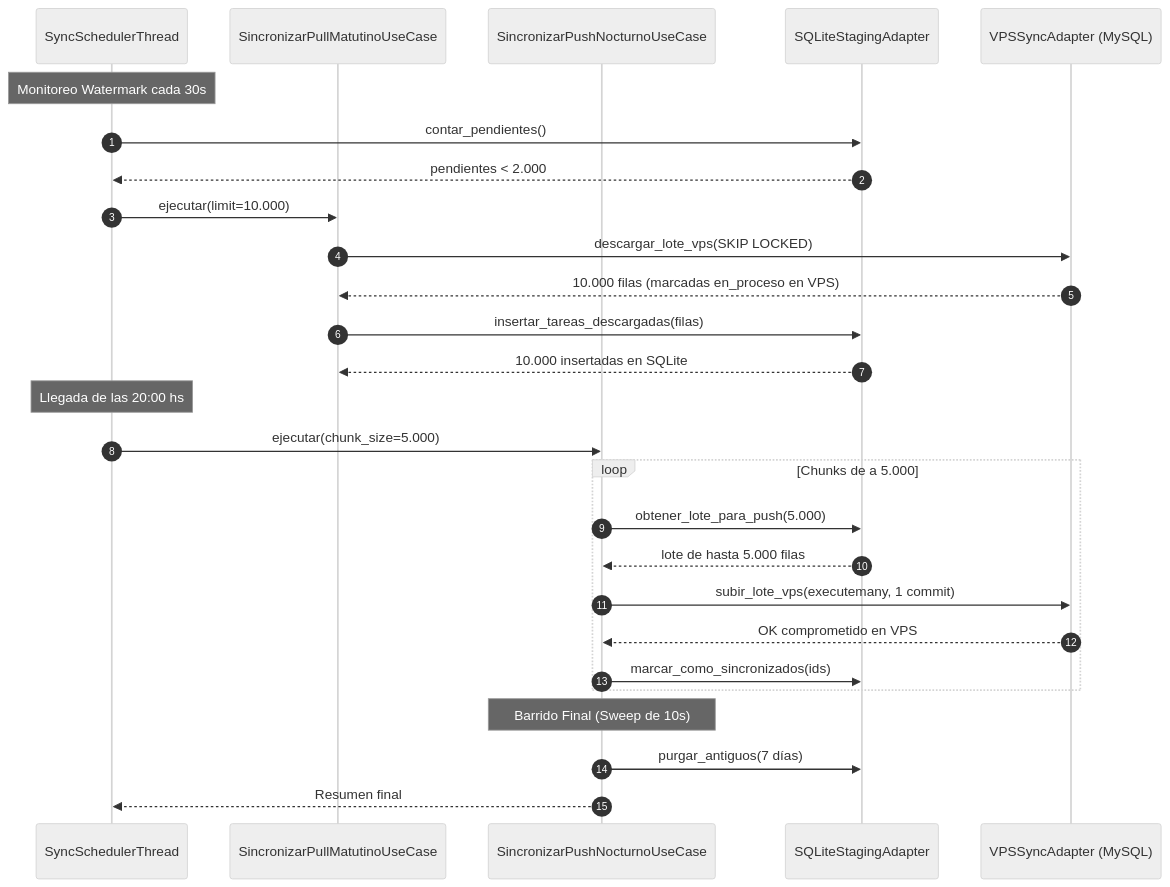
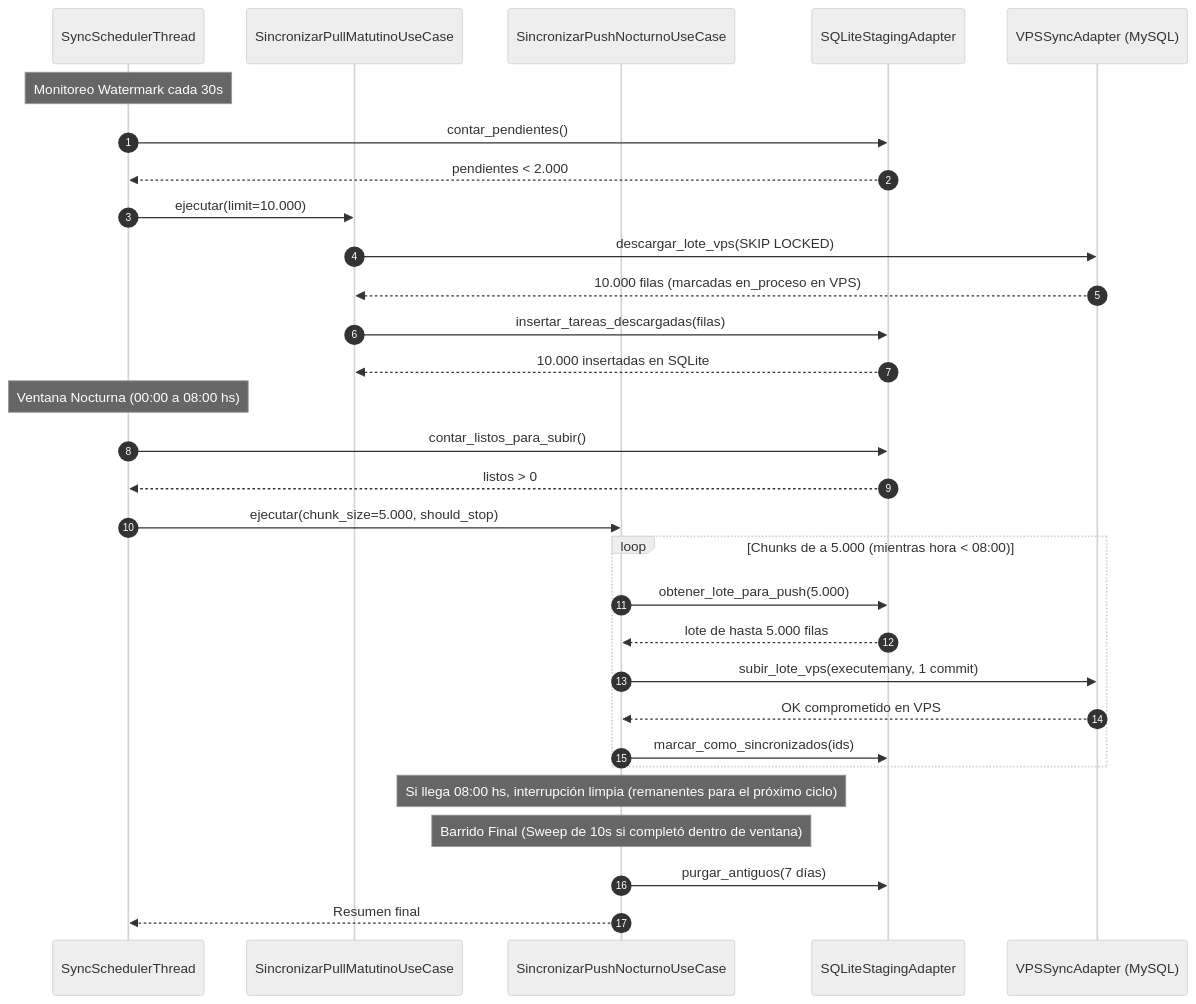
One commit to CofradiaGS/scrapers-reg-no-llame changed the diagram in docs/02_dominio_y_casos_de_uso/casos_uso_sincronizacion.md. Above: the diagram before and after it, drawn with Mermaid (neutral theme). The commit also changed other lines of this file and 19 other files, not shown here.

````diff
--- a/docs/02_dominio_y_casos_de_uso/casos_uso_sincronizacion.md
+++ b/docs/02_dominio_y_casos_de_uso/casos_uso_sincronizacion.md
@@ -11,31 +11,34 @@
 ```mermaid
 sequenceDiagram
     autonumber
     participant SyncSched as SyncSchedulerThread
     participant PullUC as SincronizarPullMatutinoUseCase
     participant PushUC as SincronizarPushNocturnoUseCase
     participant LocalRepo as SQLiteStagingAdapter
     participant RemoteRepo as VPSSyncAdapter (MySQL)
 
     Note over SyncSched: Monitoreo Watermark cada 30s
     SyncSched->>LocalRepo: contar_pendientes()
     LocalRepo-->>SyncSched: pendientes < 2.000
     SyncSched->>PullUC: ejecutar(limit=10.000)
     PullUC->>RemoteRepo: descargar_lote_vps(SKIP LOCKED)
     RemoteRepo-->>PullUC: 10.000 filas (marcadas en_proceso en VPS)
     PullUC->>LocalRepo: insertar_tareas_descargadas(filas)
     LocalRepo-->>PullUC: 10.000 insertadas en SQLite
 
-    Note over SyncSched: Llegada de las 20:00 hs
-    SyncSched->>PushUC: ejecutar(chunk_size=5.000)
-    loop Chunks de a 5.000
+    Note over SyncSched: Ventana Nocturna (00:00 a 08:00 hs)
+    SyncSched->>LocalRepo: contar_listos_para_subir()
+    LocalRepo-->>SyncSched: listos > 0
+    SyncSched->>PushUC: ejecutar(chunk_size=5.000, should_stop)
+    loop Chunks de a 5.000 (mientras hora < 08:00)
         PushUC->>LocalRepo: obtener_lote_para_push(5.000)
         LocalRepo-->>PushUC: lote de hasta 5.000 filas
         PushUC->>RemoteRepo: subir_lote_vps(executemany, 1 commit)
         RemoteRepo-->>PushUC: OK comprometido en VPS
         PushUC->>LocalRepo: marcar_como_sincronizados(ids)
     end
-    Note over PushUC: Barrido Final (Sweep de 10s)
+    Note over PushUC: Si llega 08:00 hs, interrupción limpia (remanentes para el próximo ciclo)
+    Note over PushUC: Barrido Final (Sweep de 10s si completó dentro de ventana)
     PushUC->>LocalRepo: purgar_antiguos(7 días)
     PushUC-->>SyncSched: Resumen final
 ```
````
